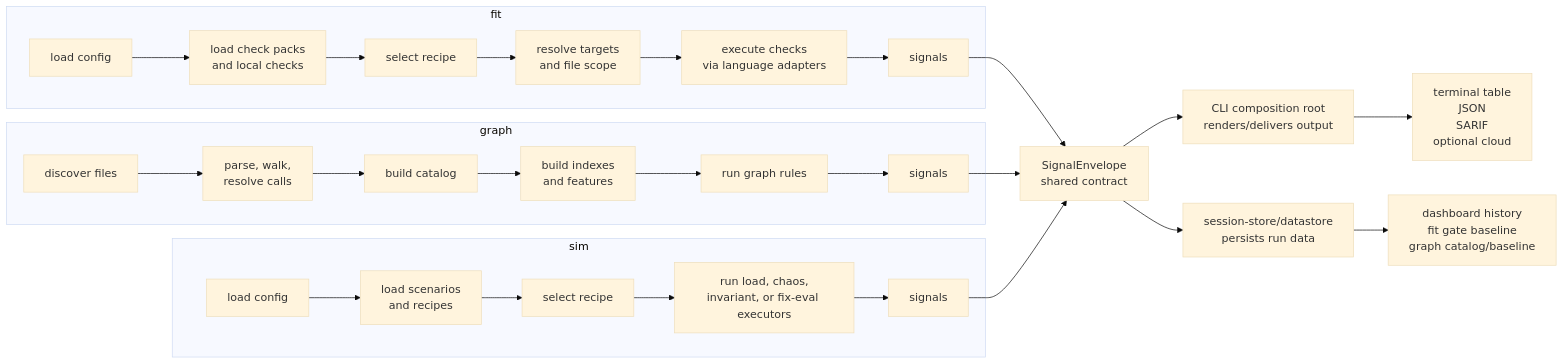
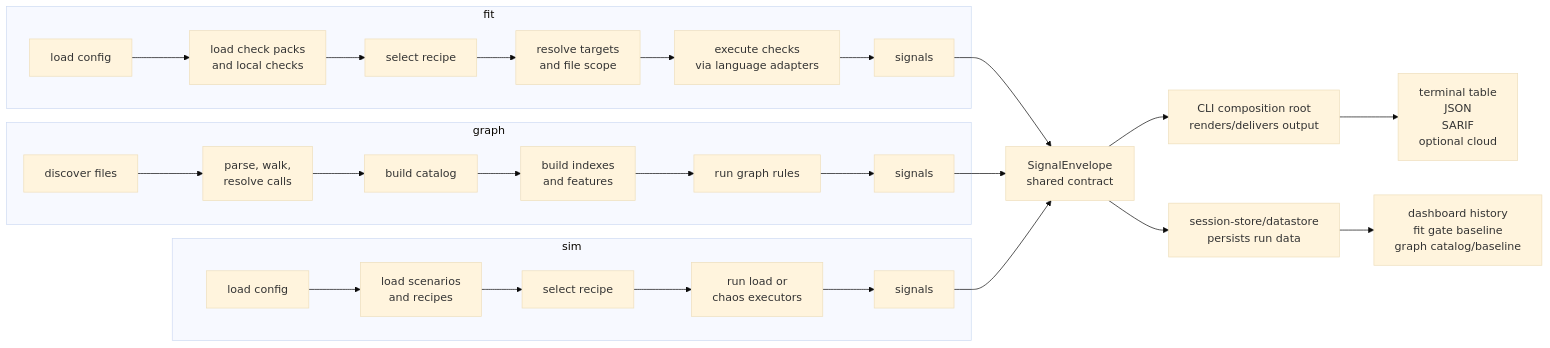
Before and after one commit to opensip-ai/opensip-cli: the third of 3 diagrams in docs/public/00-start/07-architecture-overview.md, drawn with Mermaid (base theme). The commit also changed 36 other files, not shown here.

````diff
--- a/docs/public/00-start/07-architecture-overview.md
+++ b/docs/public/00-start/07-architecture-overview.md
@@ -141,34 +141,34 @@
 ```mermaid
 flowchart LR
   subgraph Fit["fit"]
     F1["load config"] --> F2["load check packs<br/>and local checks"]
     F2 --> F3["select recipe"]
     F3 --> F4["resolve targets<br/>and file scope"]
     F4 --> F5["execute checks<br/>via language adapters"]
     F5 --> F6["signals"]
   end
 
   subgraph Graph["graph"]
     G1["discover files"] --> G2["parse, walk,<br/>resolve calls"]
     G2 --> G3["build catalog"]
     G3 --> G4["build indexes<br/>and features"]
     G4 --> G5["run graph rules"]
     G5 --> G6["signals"]
   end
 
   subgraph Sim["sim"]
     S1["load config"] --> S2["load scenarios<br/>and recipes"]
     S2 --> S3["select recipe"]
-    S3 --> S4["run load, chaos,<br/>invariant, or fix-eval executors"]
+    S3 --> S4["run load or<br/>chaos executors"]
     S4 --> S5["signals"]
   end
 
   F6 --> E["SignalEnvelope<br/>shared contract"]
   G6 --> E
   S5 --> E
 
   E --> O["CLI composition root<br/>renders/delivers output"]
   E --> P["session-store/datastore<br/>persists run data"]
   O --> X["terminal table<br/>JSON<br/>SARIF<br/>optional cloud"]
   P --> D["dashboard history<br/>fit gate baseline<br/>graph catalog/baseline"]
 ```
````
